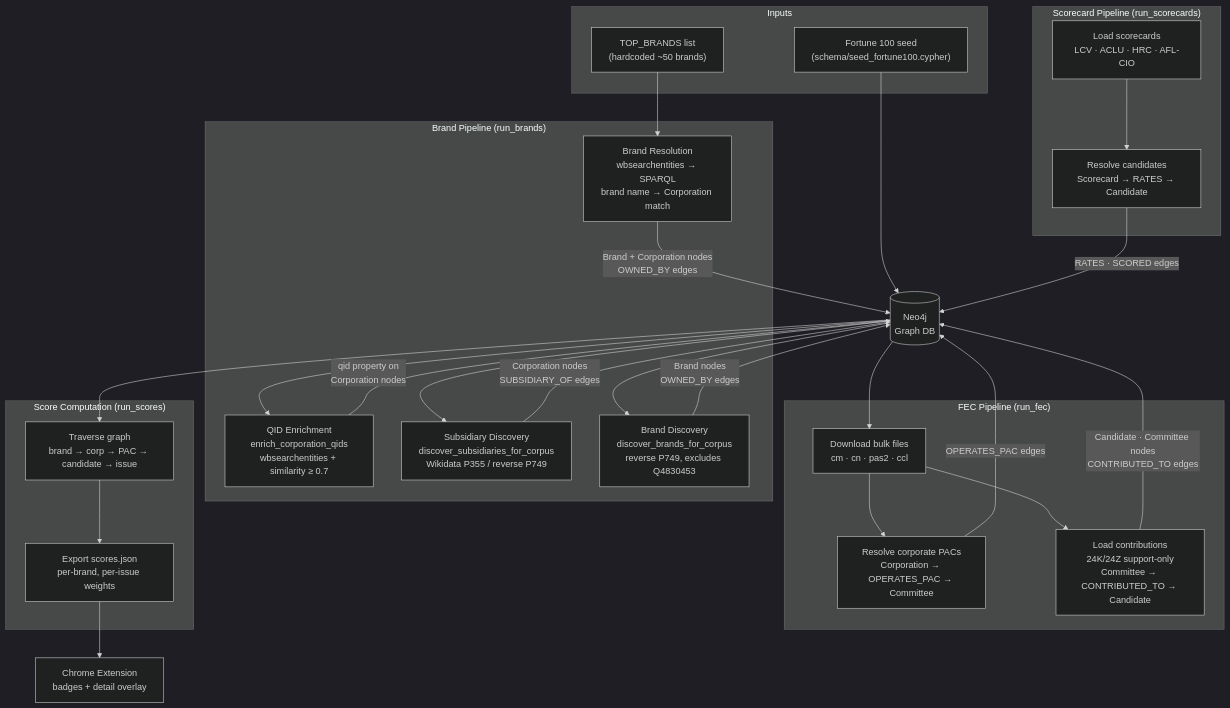
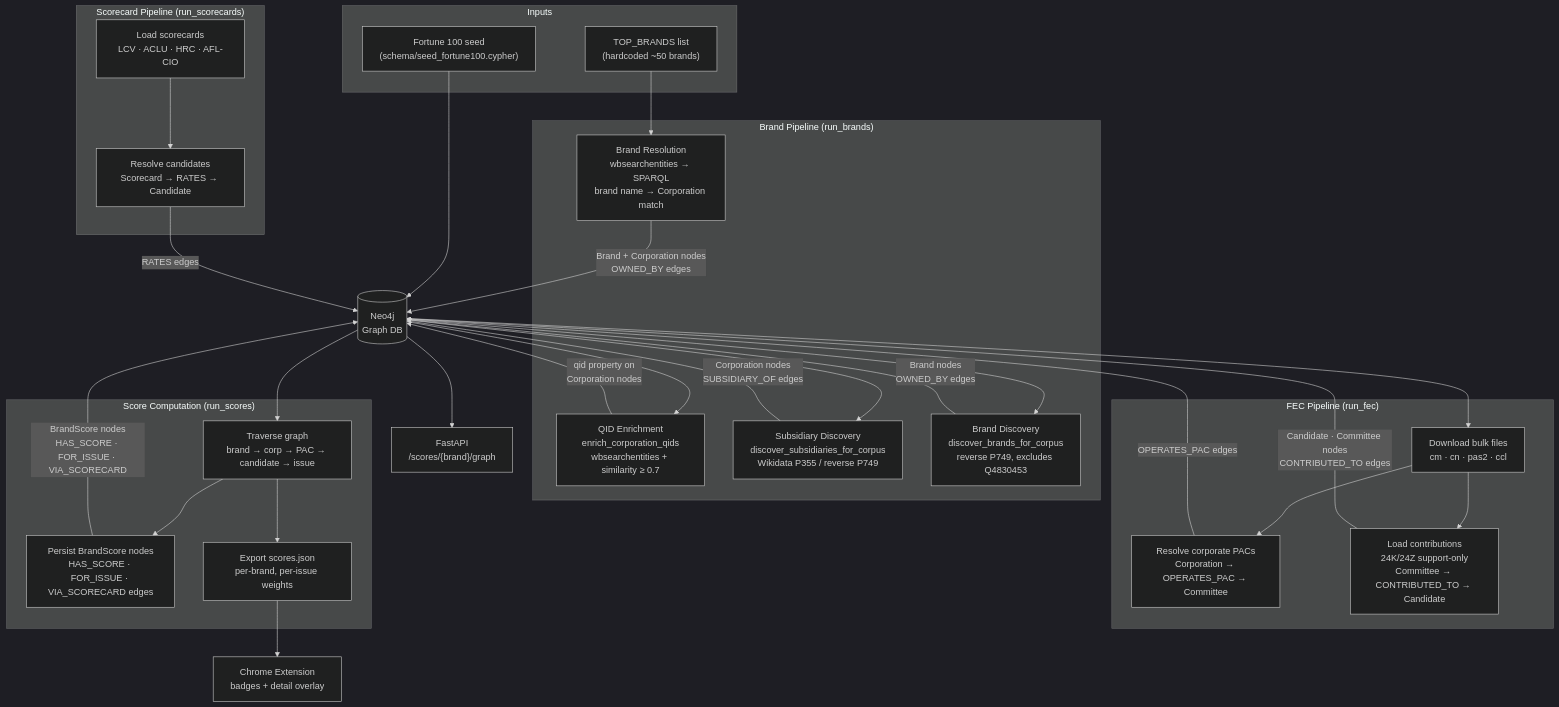
The diagram in README.md (aboutflying/leavetaking), drawn with Mermaid (dark theme) before and after one commit. The commit also changed other lines of this file and 7 other files, not shown here.

First line of the commit message:
feat: persist BrandScore nodes to graph and serve scores from Neo4j

````diff
--- a/README.md
+++ b/README.md
@@ -28,56 +28,61 @@
 ```mermaid
 flowchart TD
     subgraph inputs["Inputs"]
         TOP["TOP_BRANDS list\n(hardcoded ~50 brands)"]
         SEED["Fortune 100 seed\n(schema/seed_fortune100.cypher)"]
     end
 
     subgraph brand_pipeline["Brand Pipeline (run_brands)"]
         BR["Brand Resolution\nwbsearchentities → SPARQL\nbrand name → Corporation match"]
         QID["QID Enrichment\nenrich_corporation_qids\nwbsearchentities + similarity ≥ 0.7"]
         SUB["Subsidiary Discovery\ndiscover_subsidiaries_for_corpus\nWikidata P355 / reverse P749"]
         BRD["Brand Discovery\ndiscover_brands_for_corpus\nreverse P749, excludes Q4830453"]
     end
 
     subgraph fec_pipeline["FEC Pipeline (run_fec)"]
         FEC["Download bulk files\ncm · cn · pas2 · ccl"]
         PAC["Resolve corporate PACs\nCorporation → OPERATES_PAC → Committee"]
         CONTRIB["Load contributions\n24K/24Z support-only\nCommittee → CONTRIBUTED_TO → Candidate"]
     end
 
     subgraph scorecard_pipeline["Scorecard Pipeline (run_scorecards)"]
         SC["Load scorecards\nLCV · ACLU · HRC · AFL-CIO"]
         RATE["Resolve candidates\nScorecard → RATES → Candidate"]
     end
 
     subgraph score_pipeline["Score Computation (run_scores)"]
         COMP["Traverse graph\nbrand → corp → PAC → candidate → issue"]
+        PERSIST["Persist BrandScore nodes\nHAS_SCORE · FOR_ISSUE · VIA_SCORECARD edges"]
         EXPORT["Export scores.json\nper-brand, per-issue weights"]
     end
 
     NEO[("Neo4j\nGraph DB")]
     EXT["Chrome Extension\nbadges + detail overlay"]
+    API["FastAPI\n/scores/{brand}/graph"]
 
     TOP --> BR
     SEED --> NEO
     BR -->|"Brand + Corporation nodes\nOWNED_BY edges"| NEO
     NEO --> QID
     QID -->|"qid property on\nCorporation nodes"| NEO
     NEO --> SUB
     SUB -->|"Corporation nodes\nSUBSIDIARY_OF edges"| NEO
     NEO --> BRD
     BRD -->|"Brand nodes\nOWNED_BY edges"| NEO
 
     NEO --> FEC
     FEC --> PAC
     PAC -->|"OPERATES_PAC edges"| NEO
     FEC --> CONTRIB
     CONTRIB -->|"Candidate · Committee nodes\nCONTRIBUTED_TO edges"| NEO
 
     SC --> RATE
-    RATE -->|"RATES · SCORED edges"| NEO
+    RATE -->|"RATES edges"| NEO
 
     NEO --> COMP
+    COMP --> PERSIST
+    PERSIST -->|"BrandScore nodes\nHAS_SCORE · FOR_ISSUE · VIA_SCORECARD"| NEO
     COMP --> EXPORT
     EXPORT --> EXT
+    NEO --> API
 ```
````
